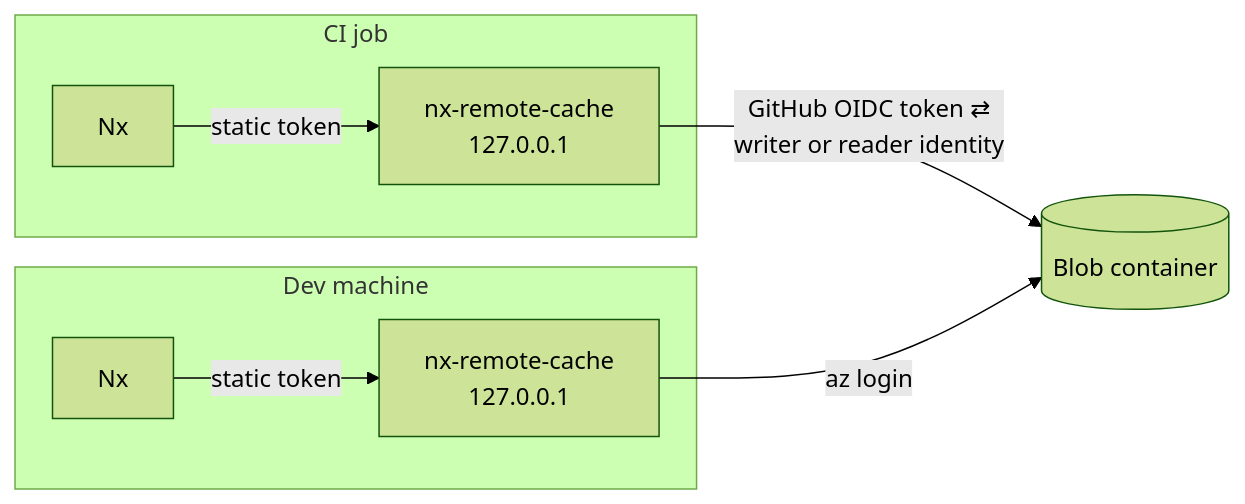
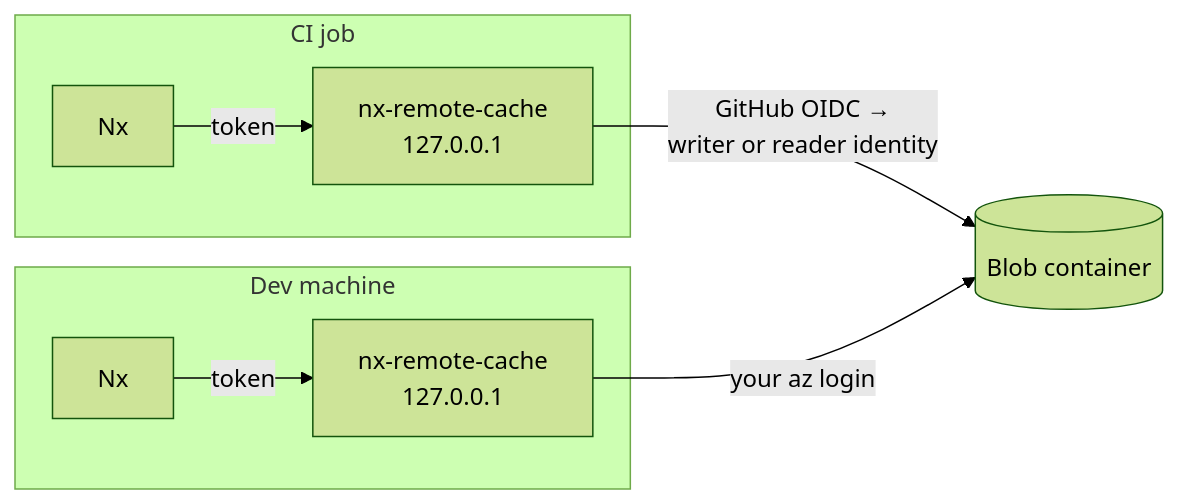
Before and after one commit to graycoreio/nx-remote-cache: the diagram in docs/how-it-works.md, drawn with Mermaid (forest theme). The commit also changed other lines of this file and 3 other files, not shown here.

````diff
--- a/docs/how-it-works.md
+++ b/docs/how-it-works.md
@@ -3,11 +3,11 @@
 ```mermaid
 flowchart LR
   subgraph ci["CI job"]
-    cinx[Nx] -- static token --> ciserver["nx-remote-cache<br/>127.0.0.1"]
+    cinx[Nx] -- token --> ciserver["nx-remote-cache<br/>127.0.0.1"]
   end
   subgraph dev["Dev machine"]
-    devnx[Nx] -- static token --> devserver["nx-remote-cache<br/>127.0.0.1"]
+    devnx[Nx] -- token --> devserver["nx-remote-cache<br/>127.0.0.1"]
   end
-  ciserver -- "GitHub OIDC token ⇄<br/>writer or reader identity" --> blob[("Blob container")]
-  devserver -- "az login" --> blob
+  ciserver -- "GitHub OIDC →<br/>writer or reader identity" --> blob[("Blob container")]
+  devserver -- "your az login" --> blob
 ```
````
